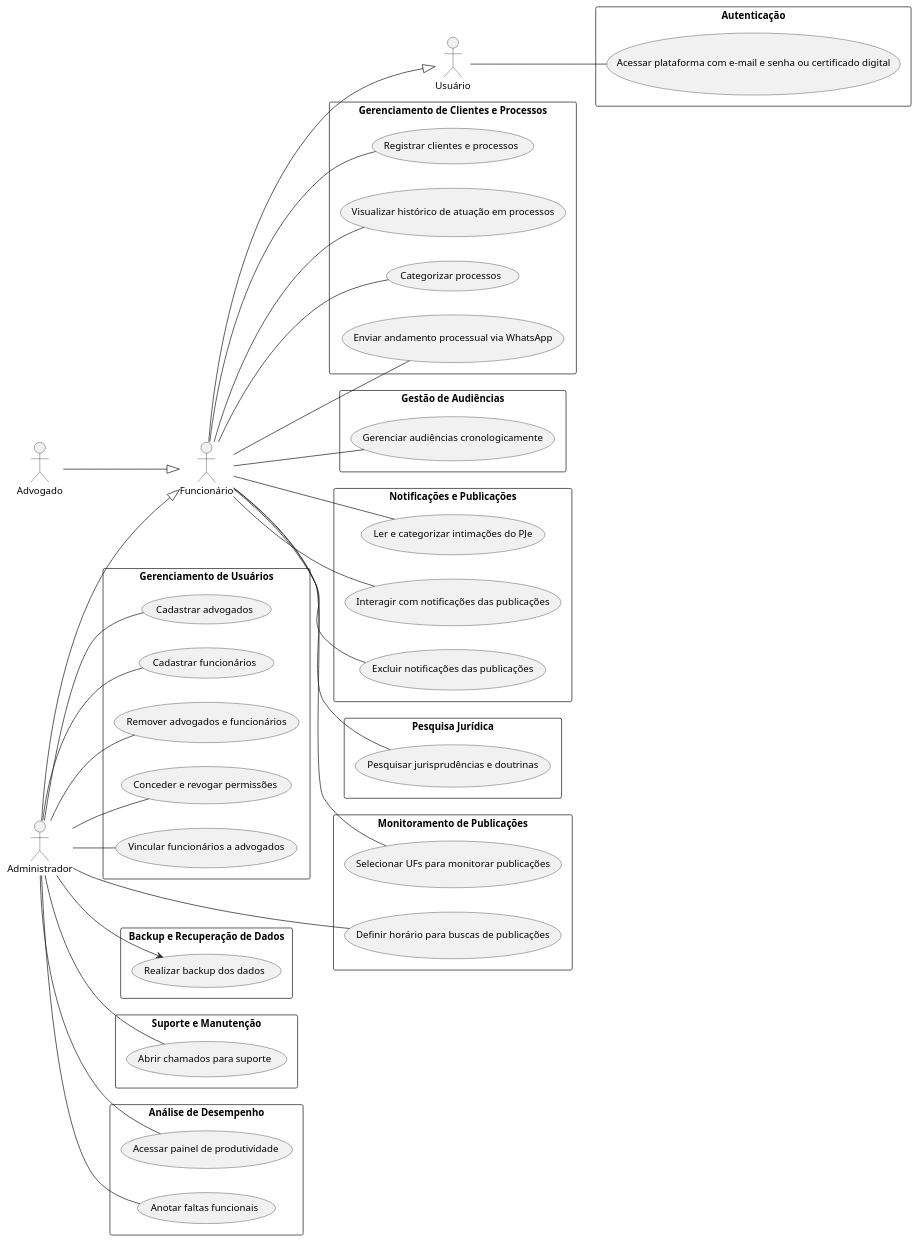
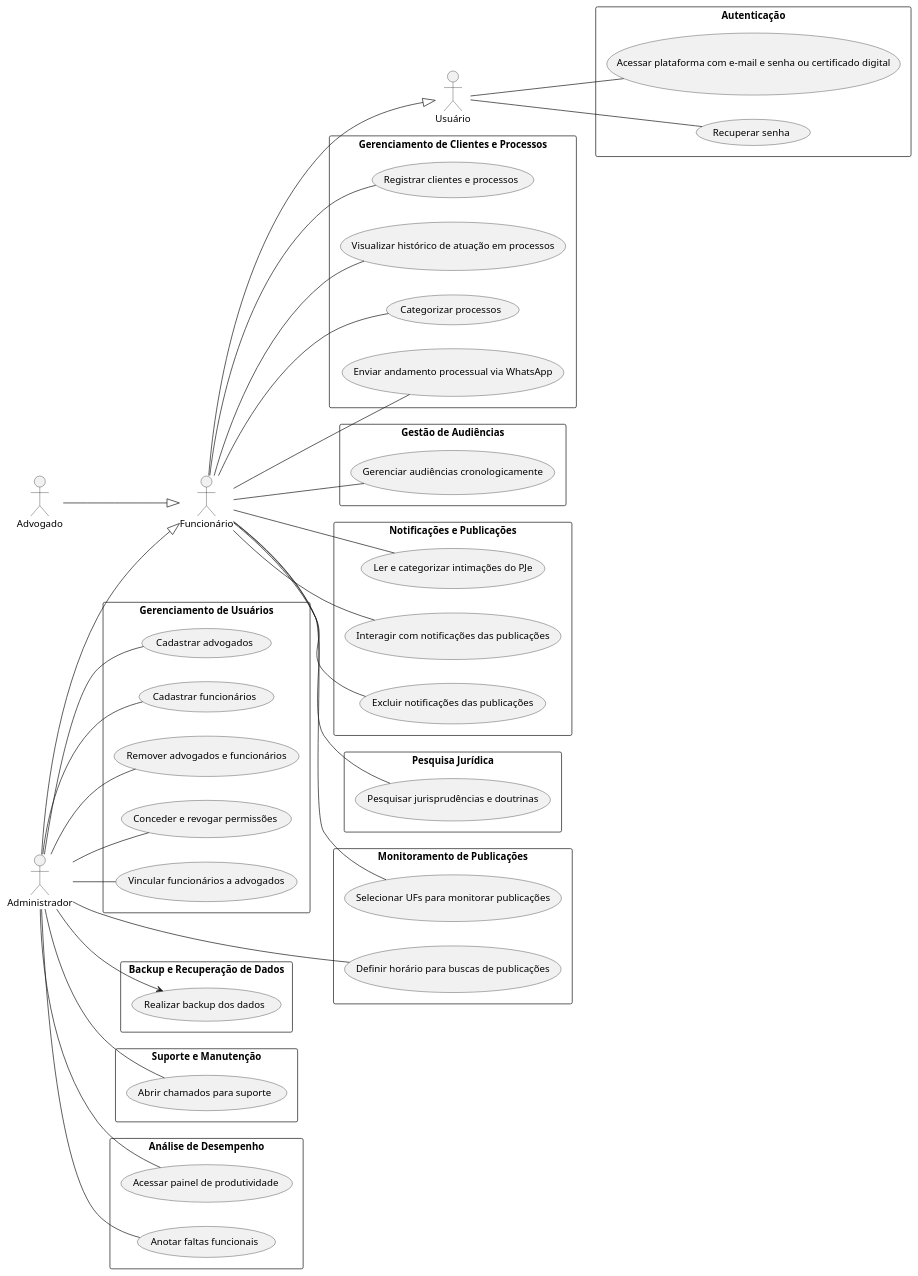
The diagram in specs/casos_de_uso/uml_geral.puml (victoralves475/aps-visao), drawn with PlantUML before and after one commit. The commit also changed 44 other files, not shown here.

```diff
--- a/specs/casos_de_uso/uml_geral.puml
+++ b/specs/casos_de_uso/uml_geral.puml
@@ -1,66 +1,67 @@
 @startuml
 left to right direction
 skinparam packageStyle rect
 
 ' Definição dos atores e hierarquia
 actor "Usuário" as Usuario
 actor "Funcionário" as Funcionario
 actor "Advogado" as Advogado
 actor "Administrador" as Administrador
 
 Funcionario --|> Usuario
 Advogado --|> Funcionario
 Administrador --|> Funcionario
 
 ' Pacotes de casos de uso
 package "Autenticação" {
     Usuario -- (Acessar plataforma com e-mail e senha ou certificado digital)
+    Usuario -- (Recuperar senha)
 }
 
 package "Gerenciamento de Usuários" {
     Administrador -- (Cadastrar advogados)
     Administrador -- (Cadastrar funcionários)
     Administrador -- (Remover advogados e funcionários)
     Administrador -- (Conceder e revogar permissões)
     Administrador -- (Vincular funcionários a advogados)
 }
 
 package "Monitoramento de Publicações" {
     Funcionario -- (Selecionar UFs para monitorar publicações)
     Administrador -- (Definir horário para buscas de publicações)
 }
 
 package "Gerenciamento de Clientes e Processos" {
     Funcionario -- (Registrar clientes e processos)
     Funcionario -- (Visualizar histórico de atuação em processos)
     Funcionario -- (Categorizar processos)
     Funcionario -- (Enviar andamento processual via WhatsApp)
 }
 
 package "Gestão de Audiências" {
     Funcionario -- (Gerenciar audiências cronologicamente)
 }
 
 package "Notificações e Publicações" {
     Funcionario -- (Ler e categorizar intimações do PJe)
     Funcionario -- (Interagir com notificações das publicações)
     Funcionario -- (Excluir notificações das publicações)
 }
 
 package "Backup e Recuperação de Dados" {
     Administrador --> (Realizar backup dos dados)
 }
 
 package "Pesquisa Jurídica" {
     Funcionario -- (Pesquisar jurisprudências e doutrinas)
 }
 
 package "Suporte e Manutenção" {
     Administrador -- (Abrir chamados para suporte)
 }
 
 package "Análise de Desempenho" {
     Administrador -- (Acessar painel de produtividade)
     Administrador -- (Anotar faltas funcionais)
 }
 @enduml
```
